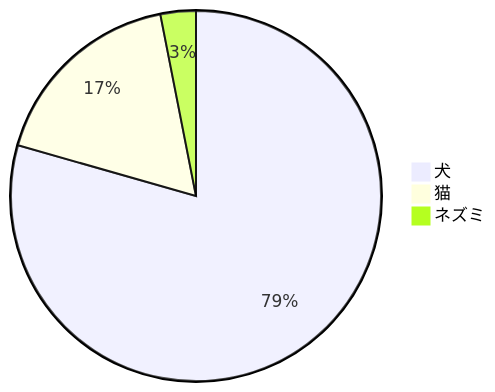
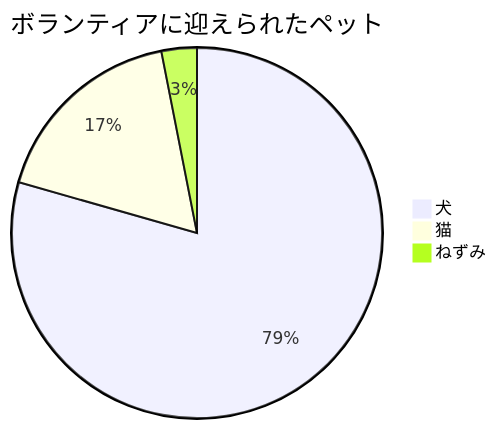
One commit to gh640/mermaid-cheatsheet-ja changed the sixth of 12 diagrams in README.md. Above: the diagram before and after it, drawn with Mermaid. The commit also changed other lines of this file, not shown here.

````diff
--- a/README.md
+++ b/README.md
@@ -159,6 +179,6 @@
 ```mermaid
-pie
-"犬" : 386
-"猫" : 85
-"ネズミ" : 15
+pie title ボランティアに迎えられたペット
+    "犬" : 386
+    "猫" : 85
+    "ねずみ" : 15
 ```
````
